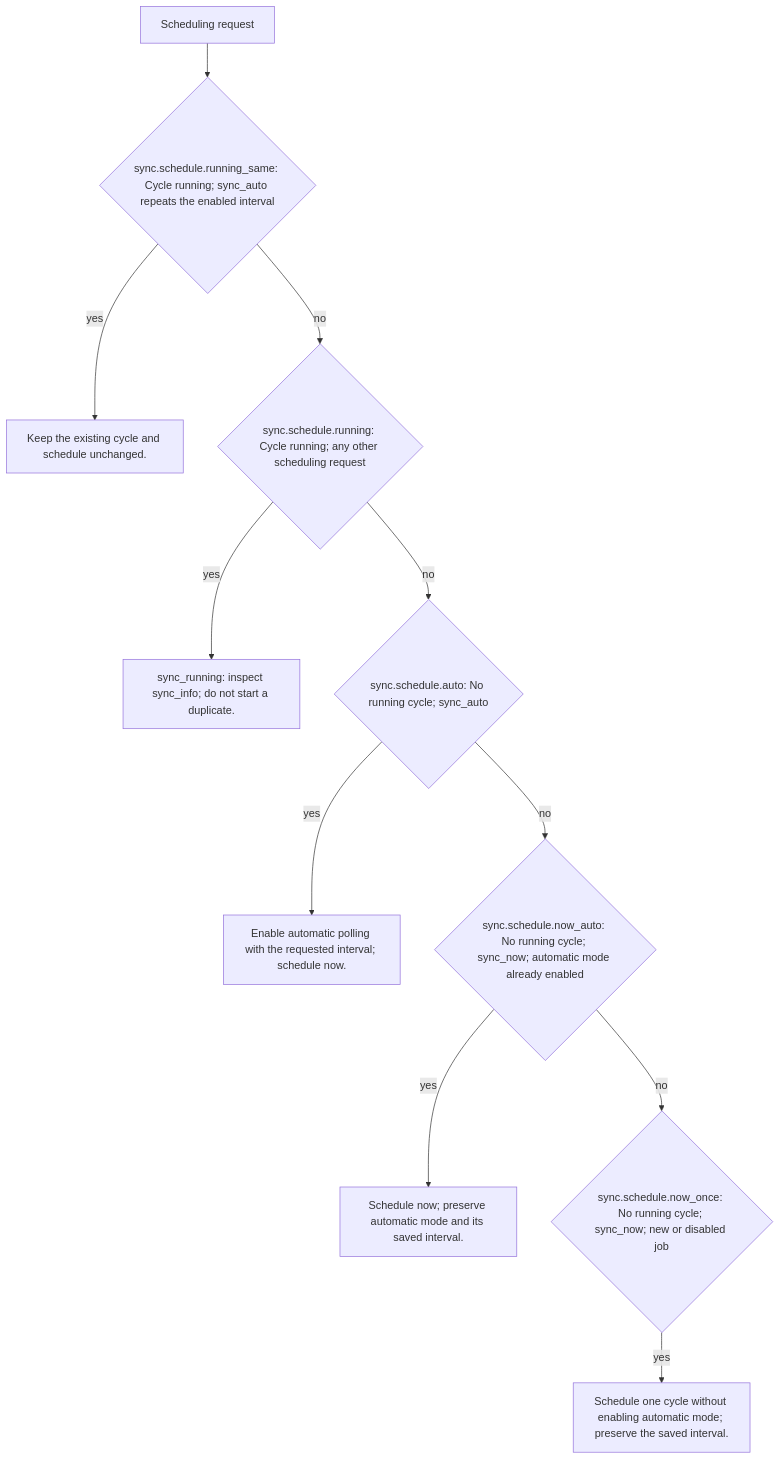
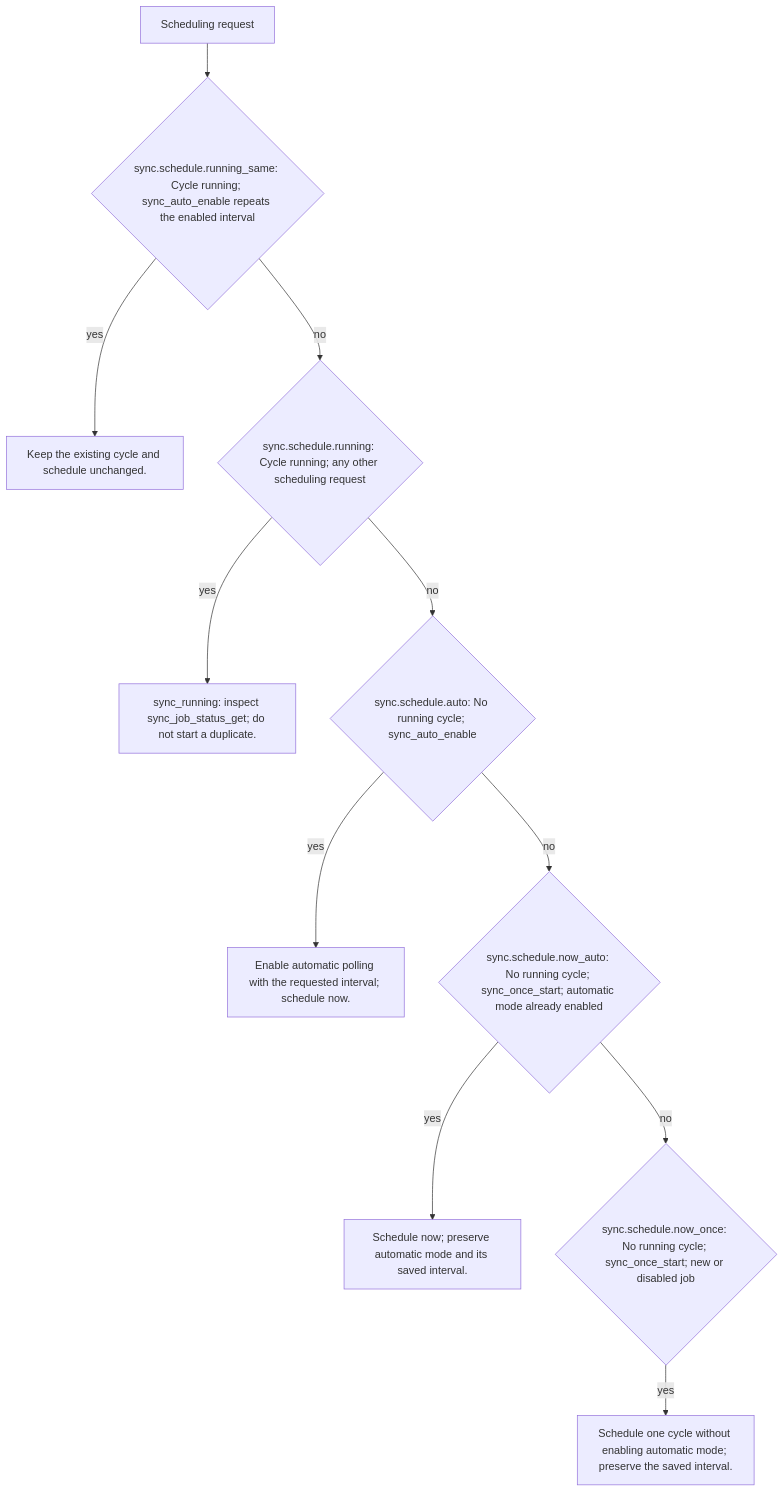
Before and after one commit to WSSAWER/mcp_cc: the diagram in docs/generated/sync-scheduling.mmd, drawn with Mermaid. The commit also changed 24 other files, not shown here.

```diff
--- a/docs/generated/sync-scheduling.mmd
+++ b/docs/generated/sync-scheduling.mmd
@@ -1,11 +1,11 @@
 flowchart TD
   request[Scheduling request] --> r0
-  r0{"sync.schedule.running_same: Cycle running; sync_auto repeats the enabled interval"} -->|yes| o0["Keep the existing cycle and schedule unchanged."]
+  r0{"sync.schedule.running_same: Cycle running; sync_auto_enable repeats the enabled interval"} -->|yes| o0["Keep the existing cycle and schedule unchanged."]
   r0 -->|no| r1
-  r1{"sync.schedule.running: Cycle running; any other scheduling request"} -->|yes| o1["sync_running: inspect sync_info; do not start a duplicate."]
+  r1{"sync.schedule.running: Cycle running; any other scheduling request"} -->|yes| o1["sync_running: inspect sync_job_status_get; do not start a duplicate."]
   r1 -->|no| r2
-  r2{"sync.schedule.auto: No running cycle; sync_auto"} -->|yes| o2["Enable automatic polling with the requested interval; schedule now."]
+  r2{"sync.schedule.auto: No running cycle; sync_auto_enable"} -->|yes| o2["Enable automatic polling with the requested interval; schedule now."]
   r2 -->|no| r3
-  r3{"sync.schedule.now_auto: No running cycle; sync_now; automatic mode already enabled"} -->|yes| o3["Schedule now; preserve automatic mode and its saved interval."]
+  r3{"sync.schedule.now_auto: No running cycle; sync_once_start; automatic mode already enabled"} -->|yes| o3["Schedule now; preserve automatic mode and its saved interval."]
   r3 -->|no| r4
-  r4{"sync.schedule.now_once: No running cycle; sync_now; new or disabled job"} -->|yes| o4["Schedule one cycle without enabling automatic mode; preserve the saved interval."]
+  r4{"sync.schedule.now_once: No running cycle; sync_once_start; new or disabled job"} -->|yes| o4["Schedule one cycle without enabling automatic mode; preserve the saved interval."]
```
